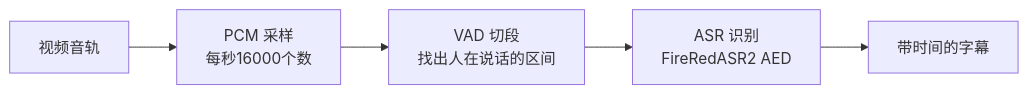
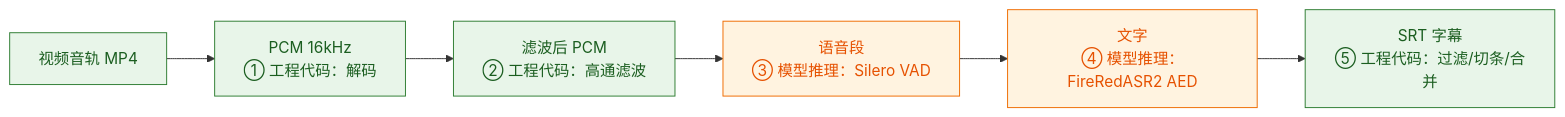
One commit to Ellery1/MagPlay changed the first of 3 diagrams in ASR漏句问题技术复盘.md. Above: the diagram before and after it, drawn with Mermaid. The commit also changed other lines of this file, not shown here.

````diff
--- a/ASR漏句问题技术复盘.md
+++ b/ASR漏句问题技术复盘.md
@@ -12,7 +12,13 @@
 ```mermaid
 flowchart LR
-    A[视频音轨] --> B[PCM 采样<br/>每秒16000个数]
-    B --> C[VAD 切段<br/>找出人在说话的区间]
-    C --> D[ASR 识别<br/>FireRedASR2 AED]
-    D --> E[带时间的字幕]
+    A[视频音轨 MP4] --> B[PCM 16kHz<br/>① 工程代码：解码]
+    B --> C[滤波后 PCM<br/>② 工程代码：高通滤波]
+    C --> D[语音段<br/>③ 模型推理：Silero VAD]
+    D --> E[文字<br/>④ 模型推理：FireRedASR2 AED]
+    E --> F[SRT 字幕<br/>⑤ 工程代码：过滤/切条/合并]
+
+    classDef code fill:#e8f5e9,stroke:#2e7d32,color:#1b5e20;
+    classDef model fill:#fff3e0,stroke:#ef6c00,color:#e65100;
+    class A,B,C,F code;
+    class D,E model;
 ```
````
